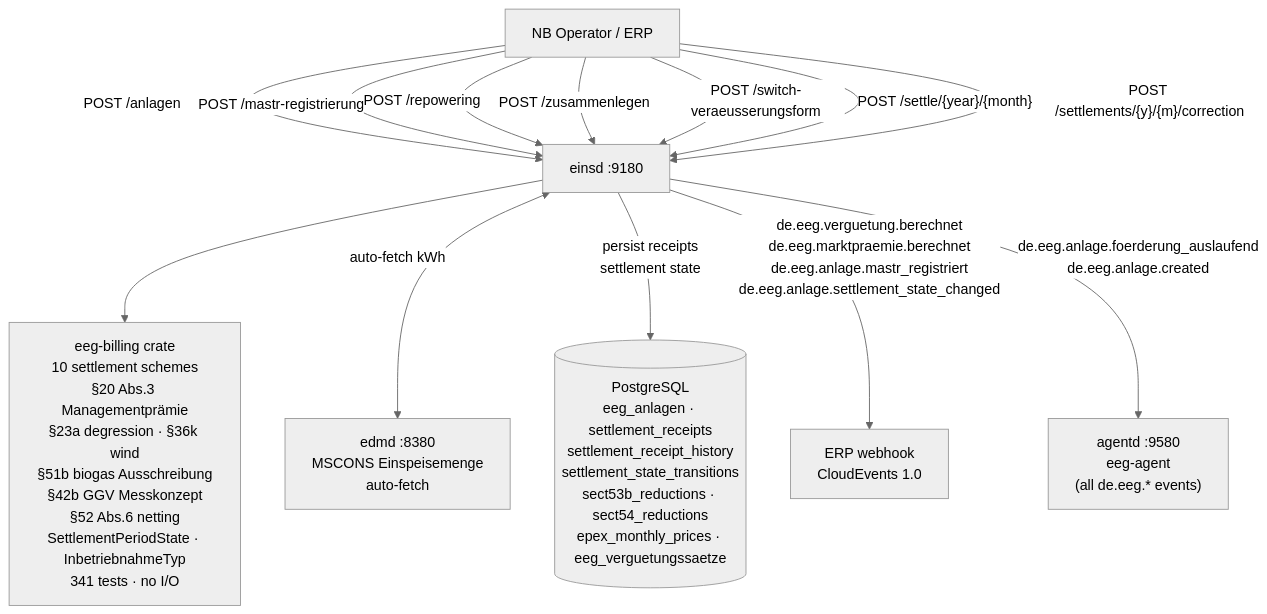
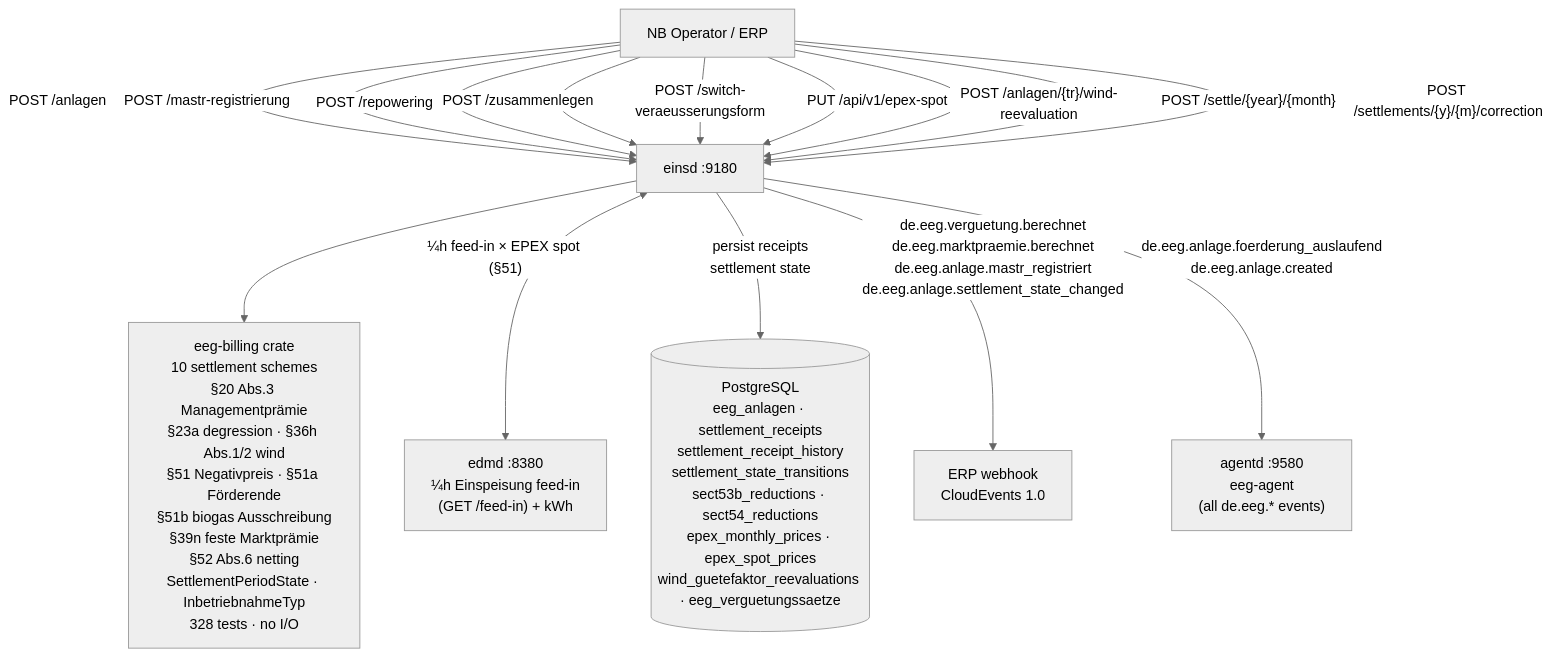
One commit to hupe1980/mako changed the first of 8 diagrams in docs/einsd.md. Above: the diagram before and after it, drawn with Mermaid (neutral theme). The commit also changed other lines of this file and 46 other files, not shown here.

First line of the commit message:
feat: harden EEG/KWKG settlement — §51 auto-derivation end-to-end, §36h Abs.2, edmd service-key auth

````diff
--- a/docs/einsd.md
+++ b/docs/einsd.md
@@ -30,23 +30,25 @@
 ```mermaid
 graph TB
     Operator["NB Operator / ERP"]
-    edmd["edmd :8380\nMSCONS Einspeisemenge\nauto-fetch"]
+    edmd["edmd :8380\n¼h Einspeisung feed-in\n(GET /feed-in) + kWh"]
     einsd["einsd :9180"]
-    eeg_billing["eeg-billing crate\n10 settlement schemes\n§20 Abs.3 Managementprämie\n§23a degression · §36k wind\n§51b biogas Ausschreibung\n§42b GGV Messkonzept\n§52 Abs.6 netting\nSettlementPeriodState · InbetriebnahmeTyp\n341 tests · no I/O"]
-    db[("PostgreSQL\neeg_anlagen · settlement_receipts\nsettlement_receipt_history\nsettlement_state_transitions\nsect53b_reductions · sect54_reductions\nepex_monthly_prices · eeg_verguetungssaetze")]
+    eeg_billing["eeg-billing crate\n10 settlement schemes\n§20 Abs.3 Managementprämie\n§23a degression · §36h Abs.1/2 wind\n§51 Negativpreis · §51a Förderende\n§51b biogas Ausschreibung\n§39n feste Marktprämie\n§52 Abs.6 netting\nSettlementPeriodState · InbetriebnahmeTyp\n328 tests · no I/O"]
+    db[("PostgreSQL\neeg_anlagen · settlement_receipts\nsettlement_receipt_history\nsettlement_state_transitions\nsect53b_reductions · sect54_reductions\nepex_monthly_prices · epex_spot_prices\nwind_guetefaktor_reevaluations · eeg_verguetungssaetze")]
     erp["ERP webhook\nCloudEvents 1.0"]
     agentd["agentd :9580\neeg-agent\n(all de.eeg.* events)"]
 
     Operator -->|"POST /anlagen"| einsd
     Operator -->|"POST /mastr-registrierung"| einsd
     Operator -->|"POST /repowering"| einsd
     Operator -->|"POST /zusammenlegen"| einsd
     Operator -->|"POST /switch-veraeusserungsform"| einsd
+    Operator -->|"PUT /api/v1/epex-spot"| einsd
+    Operator -->|"POST /anlagen/{tr}/wind-reevaluation"| einsd
     Operator -->|"POST /settle/{year}/{month}"| einsd
     Operator -->|"POST /settlements/{y}/{m}/correction"| einsd
     einsd --> eeg_billing
-    einsd <-->|"auto-fetch kWh"| edmd
+    einsd <-->|"¼h feed-in × EPEX spot (§51)"| edmd
     einsd -->|"persist receipts\nsettlement state"| db
     einsd -->|"de.eeg.verguetung.berechnet\nde.eeg.marktpraemie.berechnet\nde.eeg.anlage.mastr_registriert\nde.eeg.anlage.settlement_state_changed"| erp
     einsd -->|"de.eeg.anlage.foerderung_auslaufend\nde.eeg.anlage.created"| agentd
 ```
````
